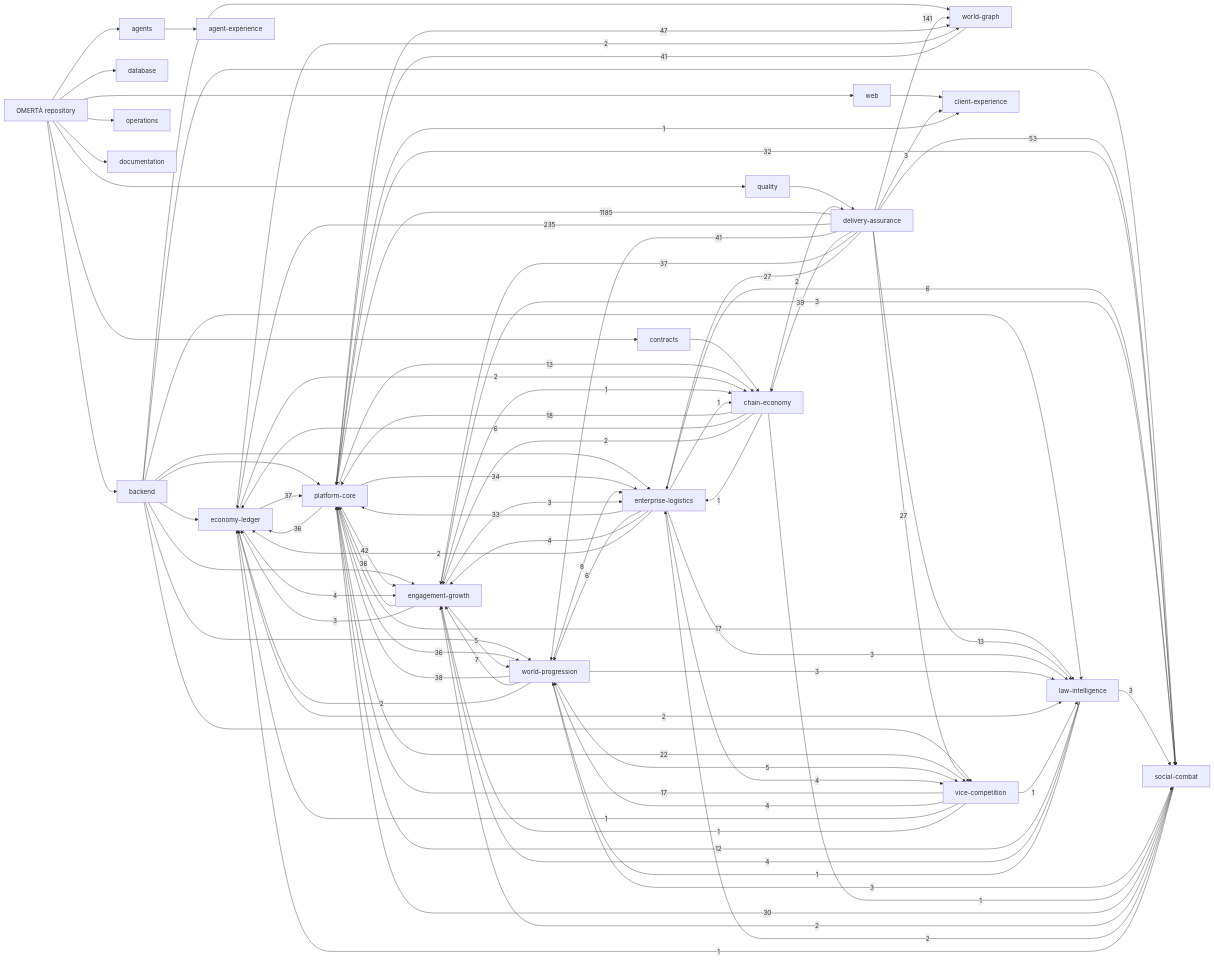
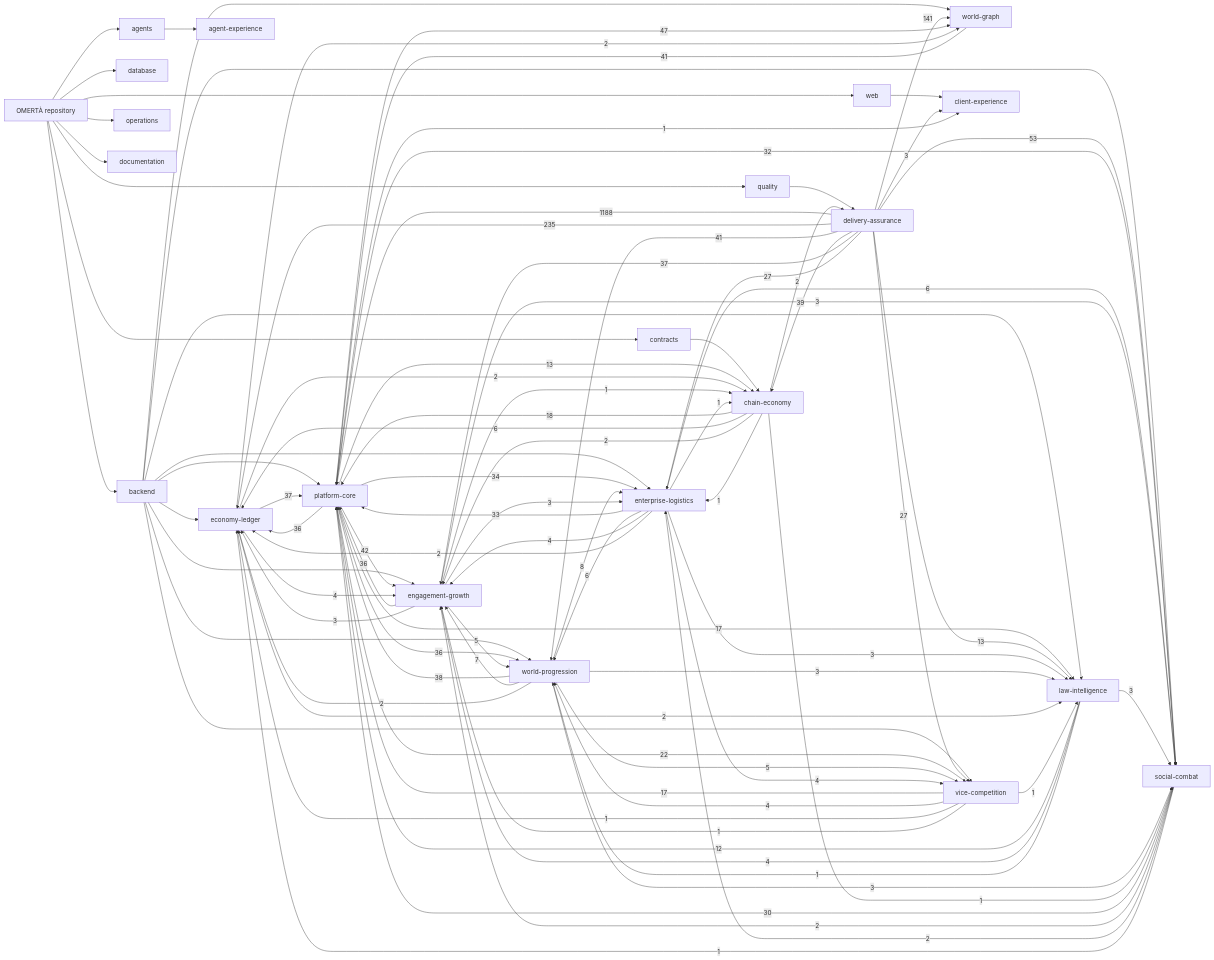
Before and after one commit to OmertaDev/Omerta: the diagram in knowledge/generated/graph.mmd, drawn with Mermaid. The commit also changed 8 other files, not shown here.

```diff
--- a/knowledge/generated/graph.mmd
+++ b/knowledge/generated/graph.mmd
@@ -1,111 +1,111 @@
 flowchart LR
   repo["OMERTÀ repository"]
   sub_backend["backend"]
   repo --> sub_backend
   sub_database["database"]
   repo --> sub_database
   sub_web["web"]
   repo --> sub_web
   sub_contracts["contracts"]
   repo --> sub_contracts
   sub_agents["agents"]
   repo --> sub_agents
   sub_quality["quality"]
   repo --> sub_quality
   sub_operations["operations"]
   repo --> sub_operations
   sub_documentation["documentation"]
   repo --> sub_documentation
   dom_platform-core["platform-core"]
   dom_economy-ledger["economy-ledger"]
   dom_social-combat["social-combat"]
   dom_world-progression["world-progression"]
   dom_world-graph["world-graph"]
   dom_enterprise-logistics["enterprise-logistics"]
   dom_vice-competition["vice-competition"]
   dom_law-intelligence["law-intelligence"]
   dom_chain-economy["chain-economy"]
   dom_engagement-growth["engagement-growth"]
   dom_client-experience["client-experience"]
   dom_agent-experience["agent-experience"]
   dom_delivery-assurance["delivery-assurance"]
   sub_agents --> dom_agent-experience
   sub_backend --> dom_economy-ledger
   sub_backend --> dom_engagement-growth
   sub_backend --> dom_enterprise-logistics
   sub_backend --> dom_law-intelligence
   sub_backend --> dom_platform-core
   sub_backend --> dom_social-combat
   sub_backend --> dom_vice-competition
   sub_backend --> dom_world-graph
   sub_backend --> dom_world-progression
   sub_contracts --> dom_chain-economy
   sub_quality --> dom_delivery-assurance
   sub_web --> dom_client-experience
-  dom_delivery-assurance -->|1185| dom_platform-core
+  dom_delivery-assurance -->|1188| dom_platform-core
   dom_delivery-assurance -->|235| dom_economy-ledger
   dom_delivery-assurance -->|141| dom_world-graph
   dom_delivery-assurance -->|53| dom_social-combat
   dom_platform-core -->|47| dom_world-graph
   dom_platform-core -->|42| dom_engagement-growth
   dom_delivery-assurance -->|41| dom_world-progression
   dom_world-graph -->|41| dom_platform-core
   dom_delivery-assurance -->|39| dom_chain-economy
   dom_world-progression -->|38| dom_platform-core
   dom_delivery-assurance -->|37| dom_engagement-growth
   dom_economy-ledger -->|37| dom_platform-core
   dom_engagement-growth -->|36| dom_platform-core
   dom_platform-core -->|36| dom_economy-ledger
   dom_platform-core -->|36| dom_world-progression
   dom_platform-core -->|34| dom_enterprise-logistics
   dom_enterprise-logistics -->|33| dom_platform-core
   dom_platform-core -->|32| dom_social-combat
   dom_social-combat -->|30| dom_platform-core
   dom_delivery-assurance -->|27| dom_enterprise-logistics
   dom_delivery-assurance -->|27| dom_vice-competition
   dom_platform-core -->|22| dom_vice-competition
   dom_chain-economy -->|18| dom_platform-core
   dom_platform-core -->|17| dom_law-intelligence
   dom_vice-competition -->|17| dom_platform-core
   dom_delivery-assurance -->|13| dom_law-intelligence
   dom_platform-core -->|13| dom_chain-economy
   dom_law-intelligence -->|12| dom_platform-core
   dom_world-progression -->|8| dom_enterprise-logistics
   dom_world-progression -->|7| dom_engagement-growth
   dom_chain-economy -->|6| dom_economy-ledger
   dom_enterprise-logistics -->|6| dom_social-combat
   dom_enterprise-logistics -->|6| dom_world-progression
   dom_engagement-growth -->|5| dom_world-progression
   dom_world-progression -->|5| dom_vice-competition
   dom_economy-ledger -->|4| dom_engagement-growth
   dom_enterprise-logistics -->|4| dom_engagement-growth
   dom_enterprise-logistics -->|4| dom_vice-competition
   dom_law-intelligence -->|4| dom_engagement-growth
   dom_vice-competition -->|4| dom_world-progression
   dom_delivery-assurance -->|3| dom_client-experience
   dom_engagement-growth -->|3| dom_economy-ledger
   dom_engagement-growth -->|3| dom_enterprise-logistics
   dom_engagement-growth -->|3| dom_social-combat
   dom_enterprise-logistics -->|3| dom_law-intelligence
   dom_law-intelligence -->|3| dom_social-combat
   dom_world-progression -->|3| dom_law-intelligence
   dom_world-progression -->|3| dom_social-combat
   dom_chain-economy -->|2| dom_delivery-assurance
   dom_chain-economy -->|2| dom_engagement-growth
   dom_economy-ledger -->|2| dom_chain-economy
   dom_economy-ledger -->|2| dom_law-intelligence
   dom_economy-ledger -->|2| dom_world-graph
   dom_enterprise-logistics -->|2| dom_economy-ledger
   dom_social-combat -->|2| dom_engagement-growth
   dom_social-combat -->|2| dom_enterprise-logistics
   dom_world-progression -->|2| dom_economy-ledger
   dom_chain-economy -->|1| dom_enterprise-logistics
   dom_chain-economy -->|1| dom_social-combat
   dom_engagement-growth -->|1| dom_chain-economy
   dom_enterprise-logistics -->|1| dom_chain-economy
   dom_law-intelligence -->|1| dom_world-progression
   dom_platform-core -->|1| dom_client-experience
   dom_social-combat -->|1| dom_economy-ledger
   dom_vice-competition -->|1| dom_economy-ledger
   dom_vice-competition -->|1| dom_engagement-growth
   dom_vice-competition -->|1| dom_law-intelligence
```
